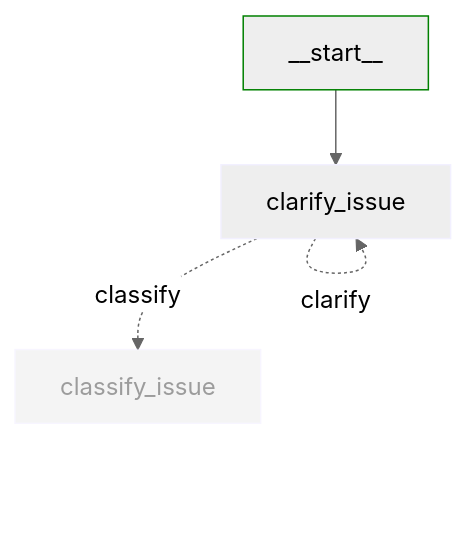
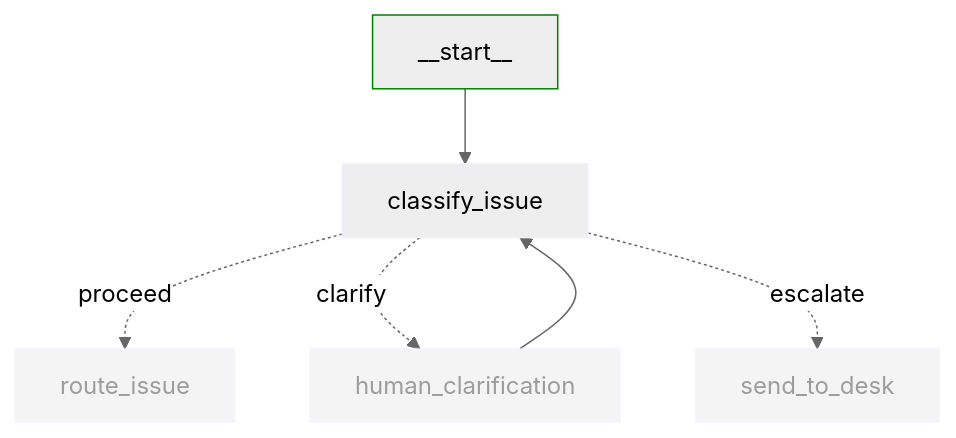
The first of 6 diagrams in backend/src/workflows/support_desk/nodes/README.md (dextersjab/agentic-workbench-langgraph), drawn with Mermaid (neutral theme) before and after one commit. The commit also changed other lines of this file and 3 other files, not shown here.

````diff
--- a/backend/src/workflows/support_desk/nodes/README.md
+++ b/backend/src/workflows/support_desk/nodes/README.md
@@ -20,13 +20,15 @@
 ```mermaid
 graph TD
-    START[__start__] --> A[clarify_issue]
-    A -. clarify .-> A
-    A -. classify .-> C[classify_issue]
+    START[__start__] --> A[classify_issue]
+    A -. proceed .-> B[route_issue]
+    A -. clarify .-> C[human_clarification]
+    A -. escalate .-> D[send_to_desk]
+    C --> A
     
     classDef default stroke:#f2f0ff,line-height:1.2
     classDef context opacity:0.6
     classDef first stroke:green
     
-    class C context
+    class B,C,D context
     class START first
 ```
````
